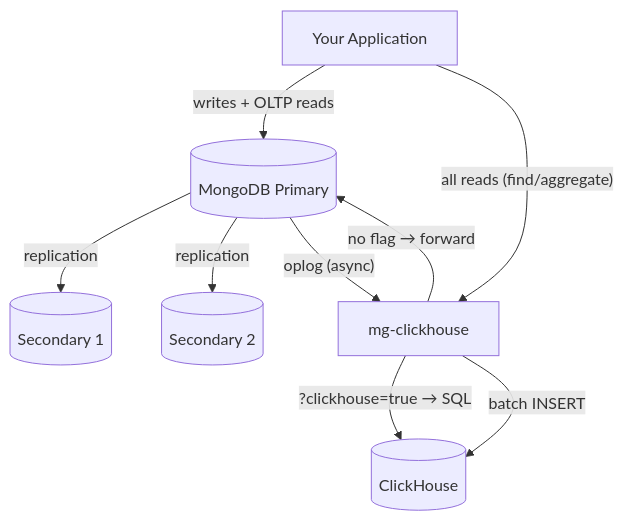
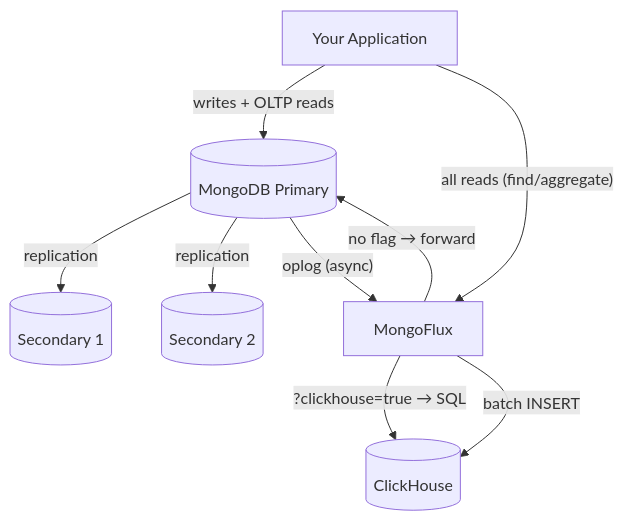
The first of 7 diagrams in docs/article.md (mrityunjaysharma/mongo-flux), drawn with Mermaid before and after one commit. The commit also changed other lines of this file and 38 other files, not shown here.

````diff
--- a/docs/article.md
+++ b/docs/article.md
@@ -33,11 +33,11 @@
 ```mermaid
 flowchart TD
     APP[Your Application] -->|writes + OLTP reads| MGP[(MongoDB Primary)]
     MGP -->|replication| MGS1[(Secondary 1)]
     MGP -->|replication| MGS2[(Secondary 2)]
-    APP -->|"all reads (find/aggregate)"| MGC[mg-clickhouse]
+    APP -->|"all reads (find/aggregate)"| MGC[MongoFlux]
     MGC -->|"?clickhouse=true → SQL"| CH[(ClickHouse)]
     MGC -->|"no flag → forward"| MGP
     MGP -->|"oplog (async)"| MGC
     MGC -->|batch INSERT| CH
 ```
````
